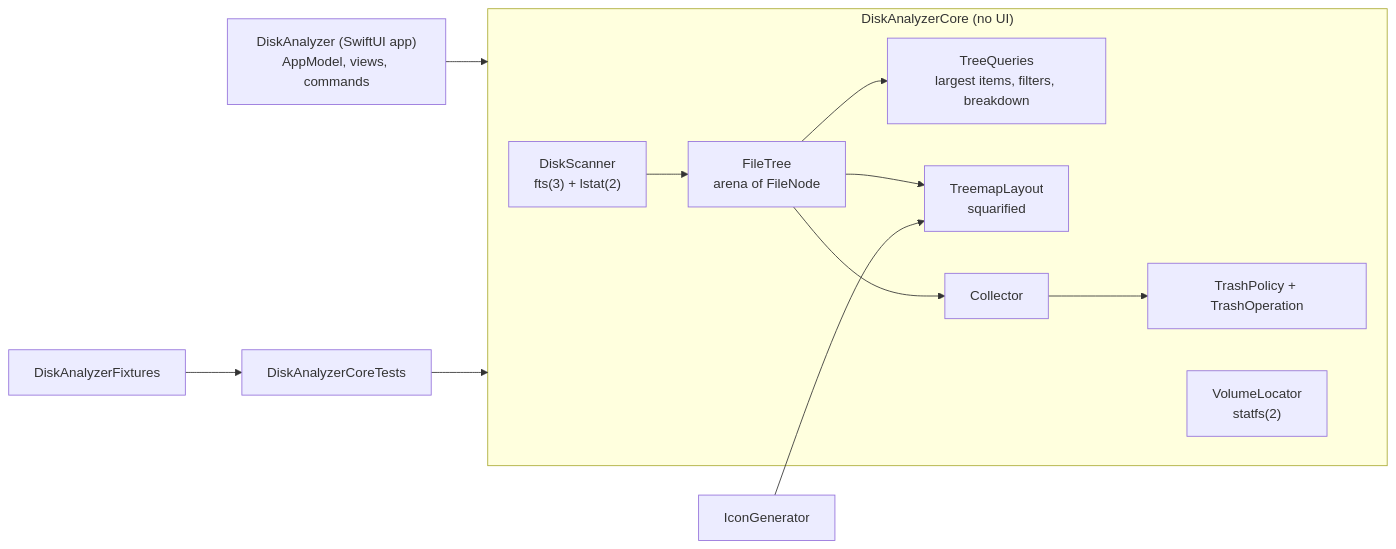
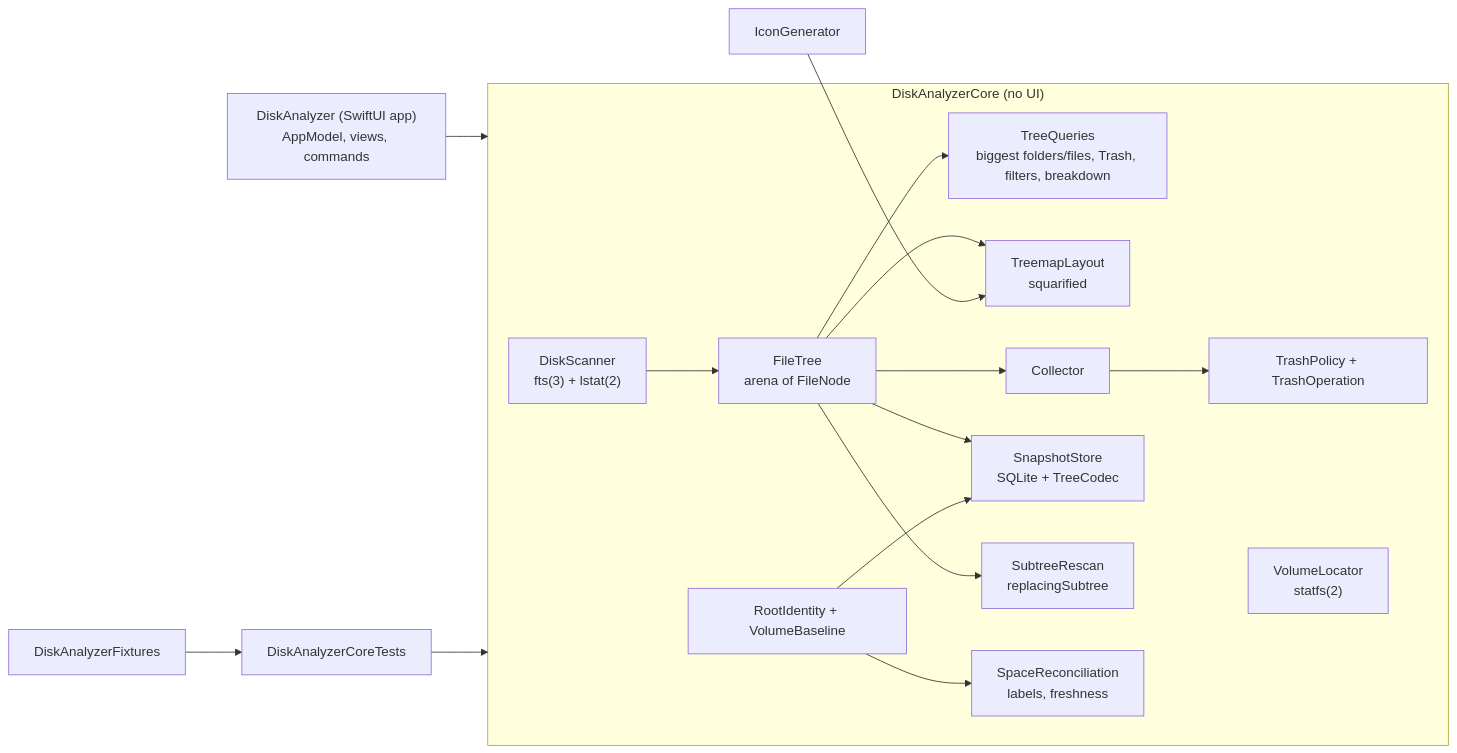
One commit to brunokktro/DiskAnalyzer changed the diagram in docs/ARCHITECTURE.md. Above: the diagram before and after it, drawn with Mermaid. The commit also changed other lines of this file and 46 other files, not shown here.

````diff
--- a/docs/ARCHITECTURE.md
+++ b/docs/ARCHITECTURE.md
@@ -6,15 +6,19 @@
 ```mermaid
 flowchart LR
     UI["DiskAnalyzer (SwiftUI app)<br/>AppModel, views, commands"] --> Core
     subgraph Core["DiskAnalyzerCore (no UI)"]
         Scanner["DiskScanner<br/>fts(3) + lstat(2)"] --> Tree["FileTree<br/>arena of FileNode"]
-        Tree --> Queries["TreeQueries<br/>largest items, filters, breakdown"]
+        Tree --> Queries["TreeQueries<br/>biggest folders/files, Trash, filters, breakdown"]
         Tree --> Treemap["TreemapLayout<br/>squarified"]
         Tree --> Collector
         Collector --> Trash["TrashPolicy + TrashOperation"]
         Volumes["VolumeLocator<br/>statfs(2)"]
+        Tree --> Store["SnapshotStore<br/>SQLite + TreeCodec"]
+        Identity["RootIdentity + VolumeBaseline"] --> Store
+        Tree --> Rescan["SubtreeRescan<br/>replacingSubtree"]
+        Identity --> Reconcile["SpaceReconciliation<br/>labels, freshness"]
     end
     Fixtures["DiskAnalyzerFixtures"] --> Tests["DiskAnalyzerCoreTests"]
     Tests --> Core
     Icon["IconGenerator"] --> Treemap
 ```
````
